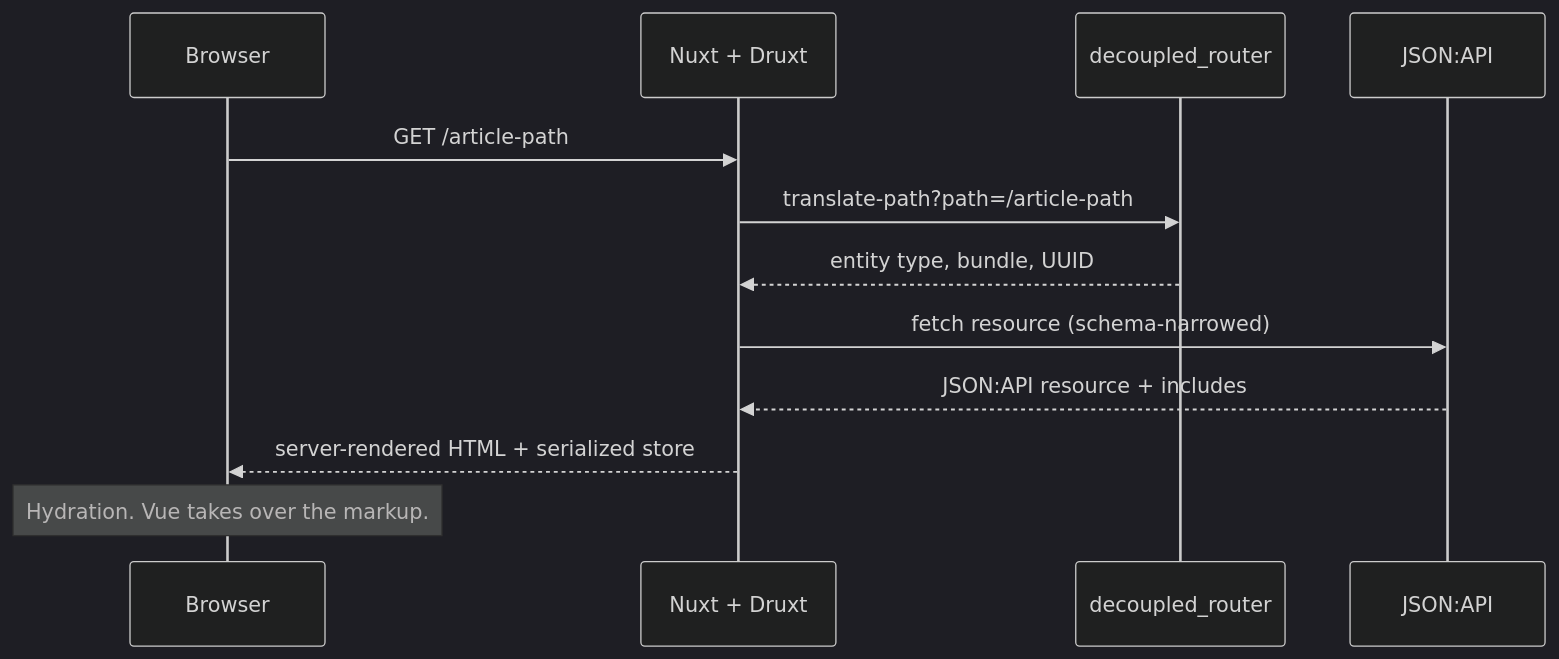
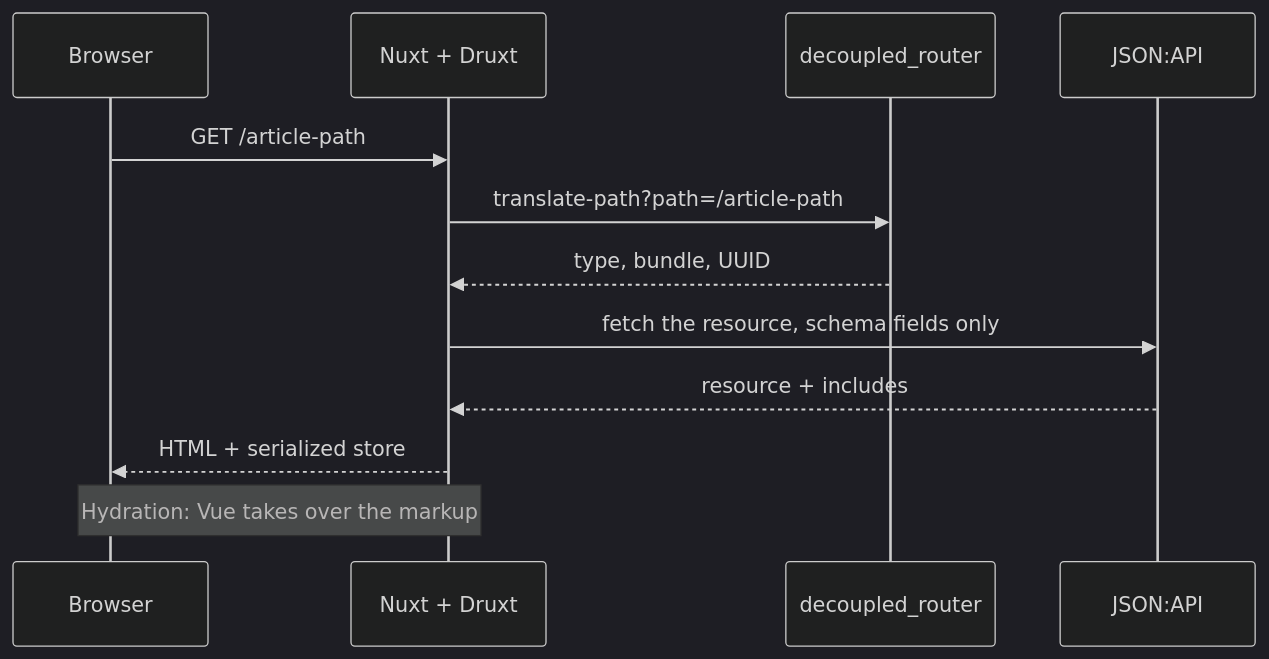
The diagram in docs/nuxt/content/explanation/architecture.md (druxt/druxt.js), drawn with Mermaid (dark theme) before and after one commit. The commit also changed other lines of this file and 58 other files, not shown here.

````diff
--- a/docs/nuxt/content/explanation/architecture.md
+++ b/docs/nuxt/content/explanation/architecture.md
@@ -48,15 +56,15 @@
 ```mermaid
 %% One page request through the decoupled stack, from browser to hydration
 sequenceDiagram
   participant B as Browser
   participant N as Nuxt + Druxt
   participant DR as decoupled_router
   participant JA as JSON:API
   B->>N: GET /article-path
   N->>DR: translate-path?path=/article-path
-  DR-->>N: entity type, bundle, UUID
-  N->>JA: fetch resource (schema-narrowed)
-  JA-->>N: JSON:API resource + includes
-  N-->>B: server-rendered HTML + serialized store
-  Note over B: Hydration. Vue takes over the markup.
+  DR-->>N: type, bundle, UUID
+  N->>JA: fetch the resource, schema fields only
+  JA-->>N: resource + includes
+  N-->>B: HTML + serialized store
+  Note over B,N: Hydration: Vue takes over the markup
 ```
````
